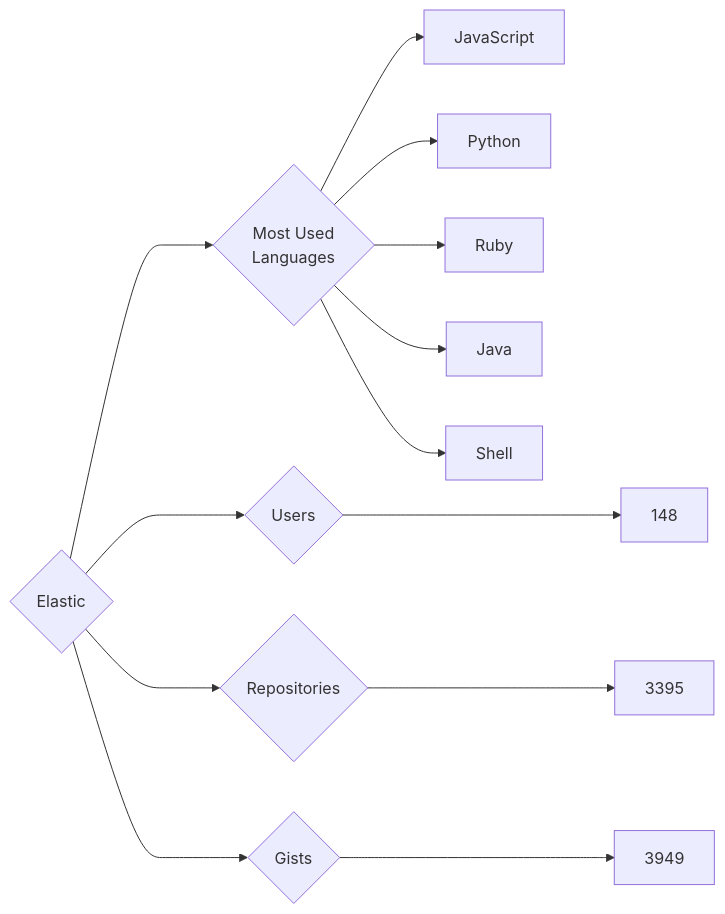
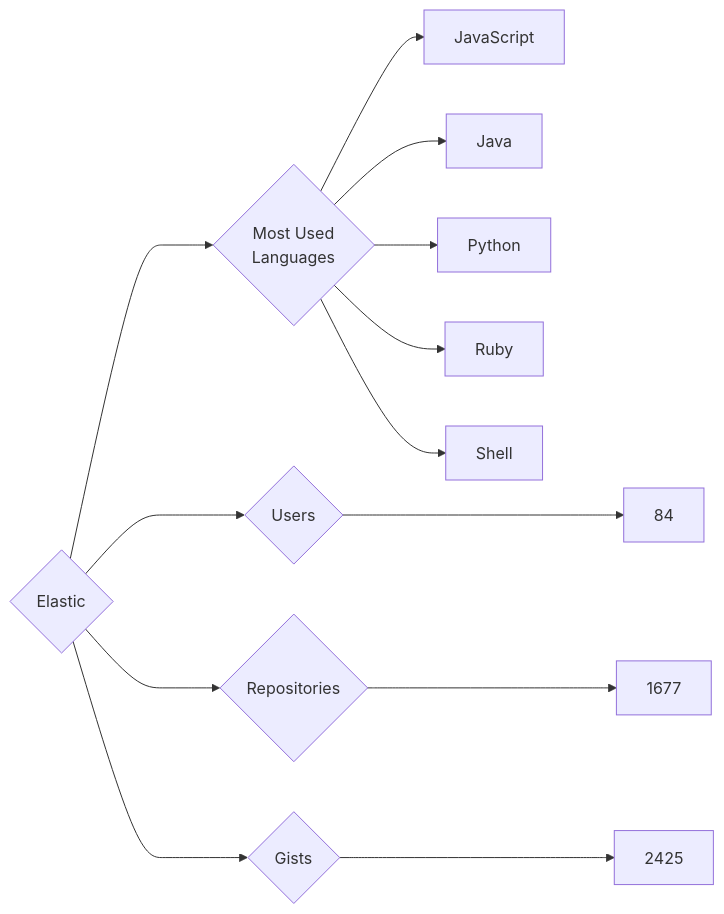
Before and after one commit to trickest/insiders: the diagram in targets/Elastic/README.md, drawn with Mermaid. The commit also changed 682 other files, not shown here.

````diff
--- a/targets/Elastic/README.md
+++ b/targets/Elastic/README.md
@@ -3,13 +3,13 @@
 ```mermaid
 graph LR
 COMPANY_NAME{Elastic}
-COMPANY_NAME ---> U{Users} ---> UN[148]
-COMPANY_NAME ---> R{Repositories} ---> RN[3395]
-COMPANY_NAME ---> G{Gists} ---> GN[3949]
+COMPANY_NAME ---> U{Users} ---> UN[84]
+COMPANY_NAME ---> R{Repositories} ---> RN[1677]
+COMPANY_NAME ---> G{Gists} ---> GN[2425]
 COMPANY_NAME ---> ML{Most Used<br>Languages}
 ML --> JavaScript[JavaScript]
+ML --> Java[Java]
 ML --> Python[Python]
 ML --> Ruby[Ruby]
-ML --> Java[Java]
 ML --> Shell[Shell]
 ```
````
